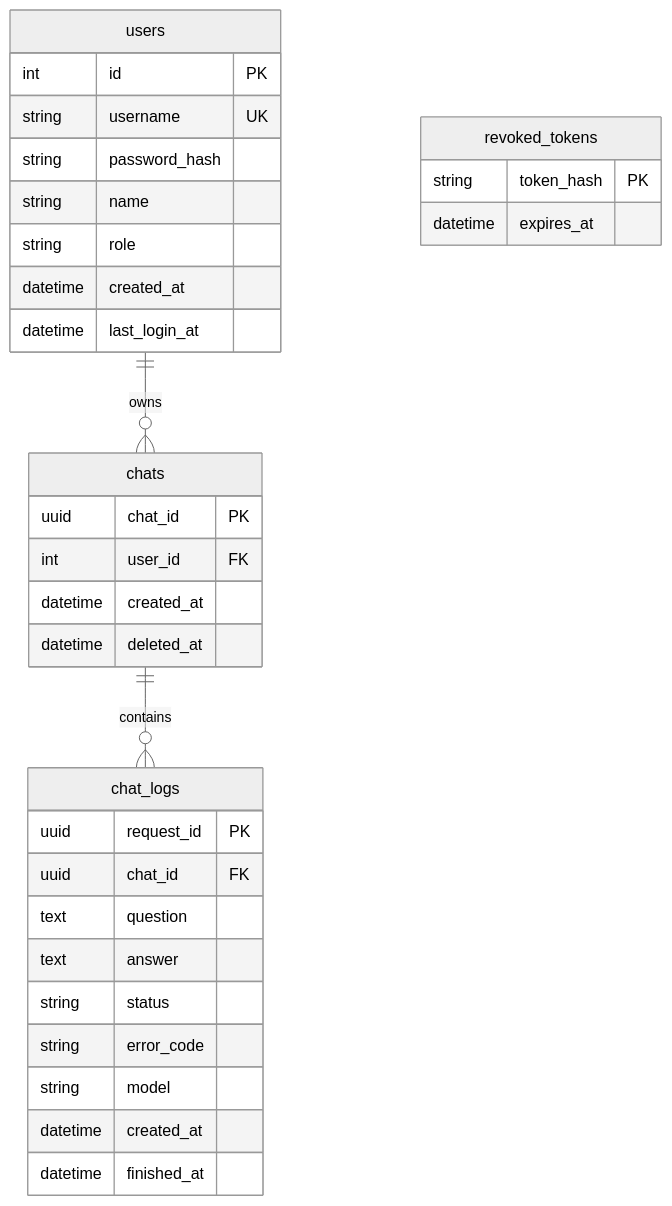
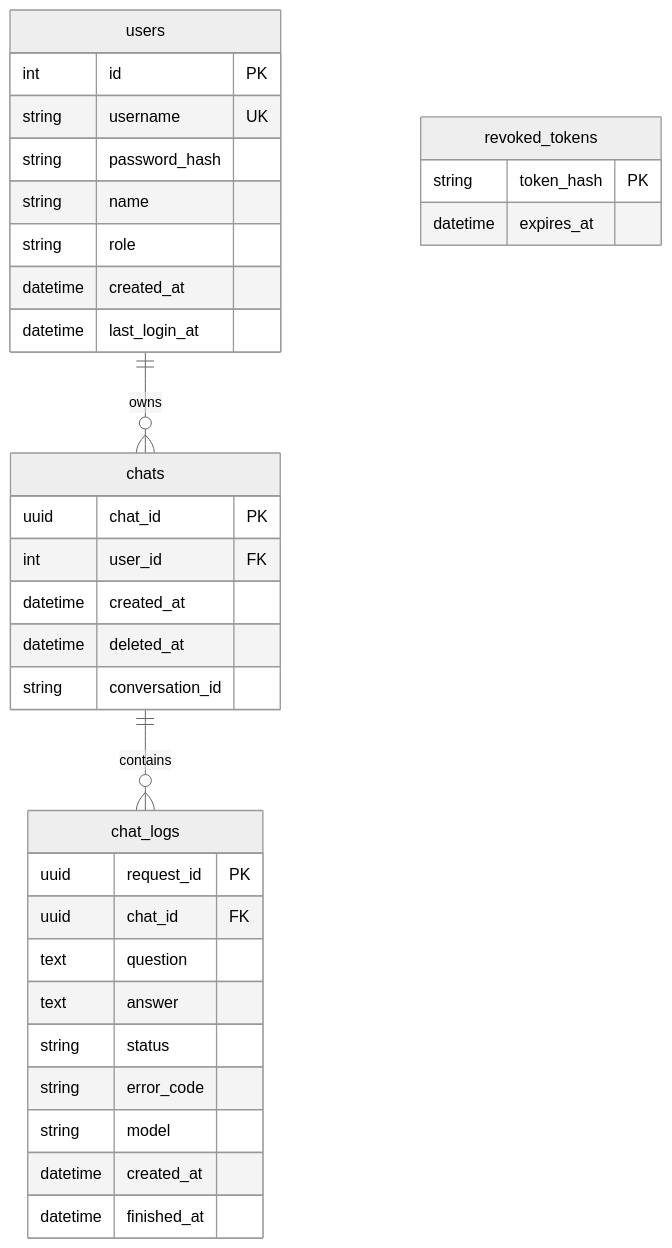
One commit to myy-dev/be-B7-1 changed the diagram in docs/DATABASE.md. Above: the diagram before and after it, drawn with Mermaid (neutral theme). The commit also changed other lines of this file, not shown here.

````diff
--- a/docs/DATABASE.md
+++ b/docs/DATABASE.md
@@ -7,35 +7,36 @@
 ```mermaid
 erDiagram
     users ||--o{ chats : owns
     chats ||--o{ chat_logs : contains
     users {
         int id PK
         string username UK
         string password_hash
         string name
         string role
         datetime created_at
         datetime last_login_at
     }
     chats {
         uuid chat_id PK
         int user_id FK
         datetime created_at
         datetime deleted_at
+        string conversation_id
     }
     chat_logs {
         uuid request_id PK
         uuid chat_id FK
         text question
         text answer
         string status
         string error_code
         string model
         datetime created_at
         datetime finished_at
     }
     revoked_tokens {
         string token_hash PK
         datetime expires_at
     }
 ```
````
